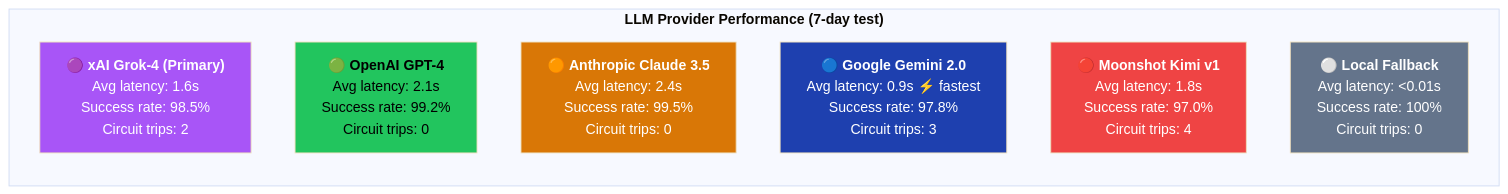
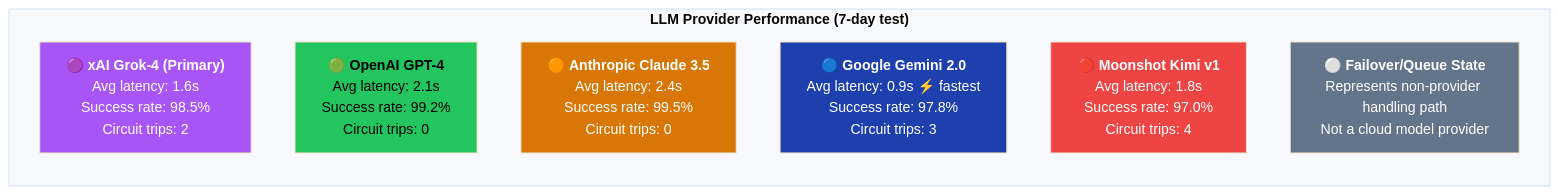
Before and after one commit to Alqaly/smart-city-ids: diagram 17 of 20 in docs/CAPSTONE_FIGURES.md, drawn with Mermaid (base theme). The commit also changed other lines of this file and 103 other files, not shown here.

````diff
--- a/docs/CAPSTONE_FIGURES.md
+++ b/docs/CAPSTONE_FIGURES.md
@@ -714,25 +714,25 @@
 ```mermaid
 graph LR
     subgraph Providers["<b>LLM Provider Performance (7-day test)</b>"]
         direction TB
 
         P1["🟣 <b>xAI Grok-4 (Primary)</b><br/>Avg latency: 1.6s<br/>Success rate: 98.5%<br/>Circuit trips: 2"]
 
         P2["🟢 <b>OpenAI GPT-4</b><br/>Avg latency: 2.1s<br/>Success rate: 99.2%<br/>Circuit trips: 0"]
 
         P3["🟠 <b>Anthropic Claude 3.5</b><br/>Avg latency: 2.4s<br/>Success rate: 99.5%<br/>Circuit trips: 0"]
 
         P4["🔵 <b>Google Gemini 2.0</b><br/>Avg latency: 0.9s ⚡ fastest<br/>Success rate: 97.8%<br/>Circuit trips: 3"]
 
         P5["🔴 <b>Moonshot Kimi v1</b><br/>Avg latency: 1.8s<br/>Success rate: 97.0%<br/>Circuit trips: 4"]
 
-        P6["⚪ <b>Local Fallback</b><br/>Avg latency: <0.01s<br/>Success rate: 100%<br/>Circuit trips: 0"]
+        P6["⚪ <b>Failover/Queue State</b><br/>Represents non-provider handling path<br/>Not a cloud model provider"]
     end
 
     style P1 fill:#a855f7,color:#fff
     style P2 fill:#22c55e,color:#000
     style P3 fill:#d97706,color:#fff
     style P4 fill:#1e40af,color:#fff
     style P5 fill:#ef4444,color:#fff
     style P6 fill:#64748b,color:#fff
 ```
````
